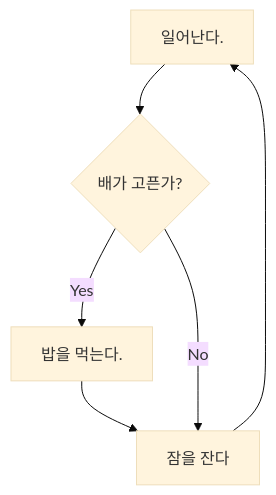
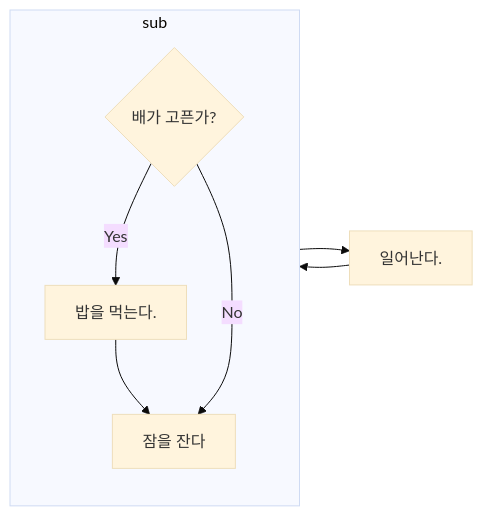
The eighth of 8 diagrams in 4. 아카이브/Mermaid 문법.md (highlow12/Obsidian), drawn with Mermaid (base theme) before and after one commit. The commit also changed other lines of this file, not shown here.

Commit message:
vault backup: 2024-06-18 18:19:32

````diff
--- a/4. 아카이브/Mermaid 문법.md
+++ b/4. 아카이브/Mermaid 문법.md
@@ -52,7 +52,13 @@
 ```mermaid
-graph TD
+graph LR
 	A[일어난다.] --> B{배가 고픈가?}
-	B -- Yes --> C[밥을 먹는다.] --> D[잠을 잔다]
+	subgraph id ["sub"]
+	
+	direction TB
+		B -- Yes --> C[밥을 먹는다.] --> D[잠을 잔다]
+	end
+	
 	B -- No --> D
+	
 	D --> A
 ```
````
